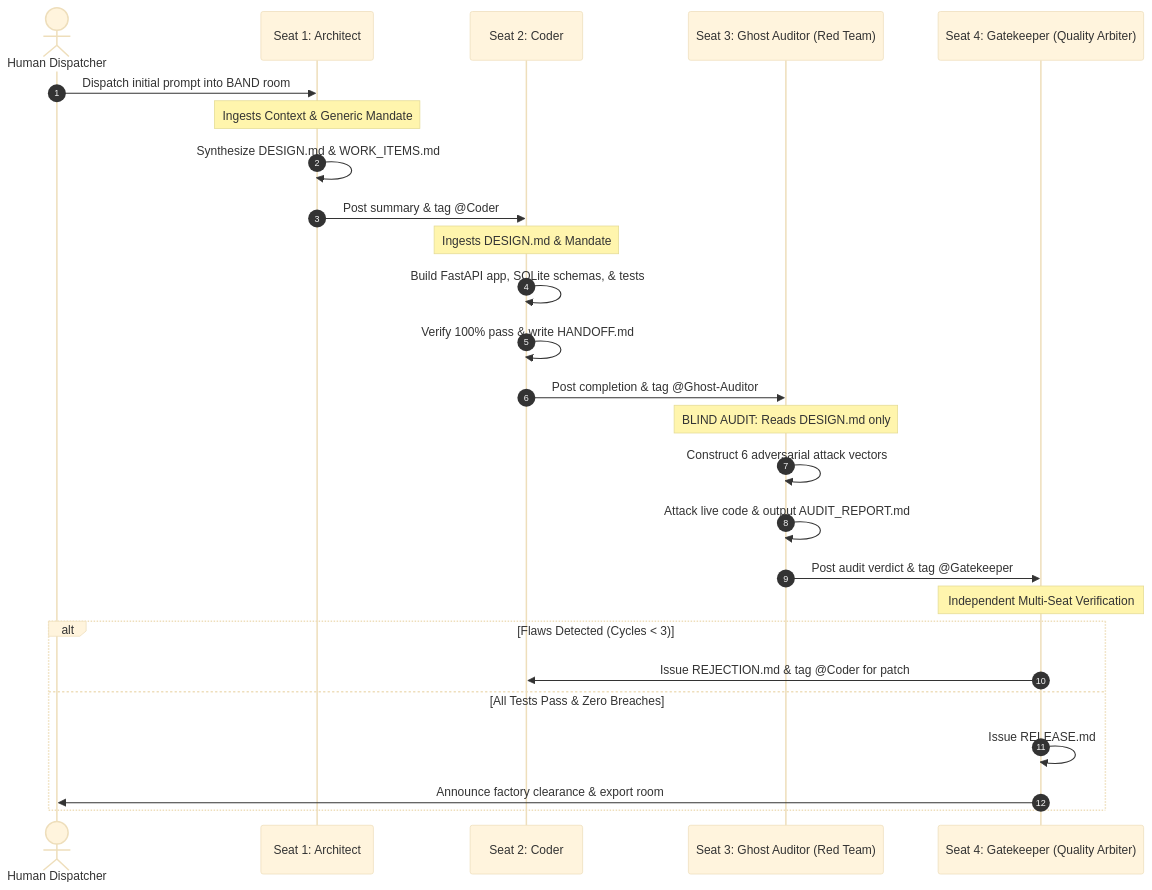
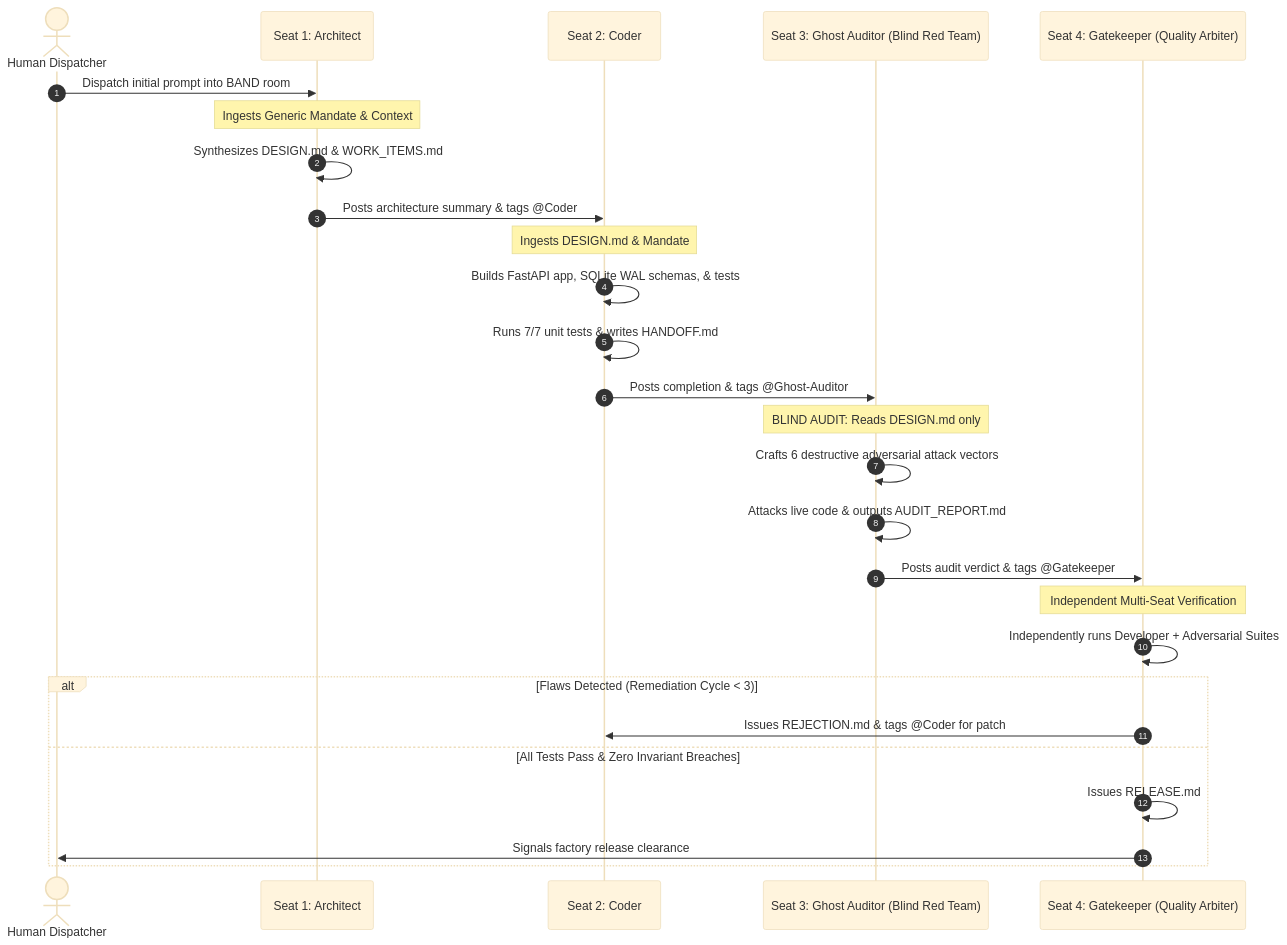
The diagram in FACTORY.md (DhruvPatel0110/DarkFactoryHackathon-GhostProcess), drawn with Mermaid (base theme) before and after one commit. The commit also changed other lines of this file and 5 other files, not shown here.

````diff
--- a/FACTORY.md
+++ b/FACTORY.md
@@ -23,32 +23,33 @@
 ```mermaid
 sequenceDiagram
     autonumber
     actor Human as Human Dispatcher
     participant Arch as Seat 1: Architect
     participant Coder as Seat 2: Coder
-    participant Auditor as Seat 3: Ghost Auditor (Red Team)
+    participant Auditor as Seat 3: Ghost Auditor (Blind Red Team)
     participant Gate as Seat 4: Gatekeeper (Quality Arbiter)
 
     Human->>Arch: Dispatch initial prompt into BAND room
-    Note over Arch: Ingests Context & Generic Mandate
-    Arch->>Arch: Synthesize DESIGN.md & WORK_ITEMS.md
-    Arch->>Coder: Post summary & tag @Coder
+    Note over Arch: Ingests Generic Mandate & Context
+    Arch->>Arch: Synthesizes DESIGN.md & WORK_ITEMS.md
+    Arch->>Coder: Posts architecture summary & tags @Coder
 
     Note over Coder: Ingests DESIGN.md & Mandate
-    Coder->>Coder: Build FastAPI app, SQLite schemas, & tests
-    Coder->>Coder: Verify 100% pass & write HANDOFF.md
-    Coder->>Auditor: Post completion & tag @Ghost-Auditor
+    Coder->>Coder: Builds FastAPI app, SQLite WAL schemas, & tests
+    Coder->>Coder: Runs 7/7 unit tests & writes HANDOFF.md
+    Coder->>Auditor: Posts completion & tags @Ghost-Auditor
 
     Note over Auditor: BLIND AUDIT: Reads DESIGN.md only
-    Auditor->>Auditor: Construct 6 adversarial attack vectors
-    Auditor->>Auditor: Attack live code & output AUDIT_REPORT.md
-    Auditor->>Gate: Post audit verdict & tag @Gatekeeper
+    Auditor->>Auditor: Crafts 6 destructive adversarial attack vectors
+    Auditor->>Auditor: Attacks live code & outputs AUDIT_REPORT.md
+    Auditor->>Gate: Posts audit verdict & tags @Gatekeeper
 
     Note over Gate: Independent Multi-Seat Verification
-    alt Flaws Detected (Cycles < 3)
-        Gate->>Coder: Issue REJECTION.md & tag @Coder for patch
-    else All Tests Pass & Zero Breaches
-        Gate->>Gate: Issue RELEASE.md
-        Gate->>Human: Announce factory clearance & export room
+    Gate->>Gate: Independently runs Developer + Adversarial Suites
+    alt Flaws Detected (Remediation Cycle < 3)
+        Gate->>Coder: Issues REJECTION.md & tags @Coder for patch
+    else All Tests Pass & Zero Invariant Breaches
+        Gate->>Gate: Issues RELEASE.md
+        Gate->>Human: Signals factory release clearance
     end
 ```
````
